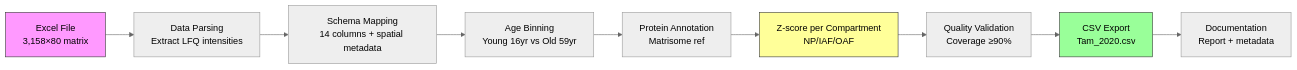
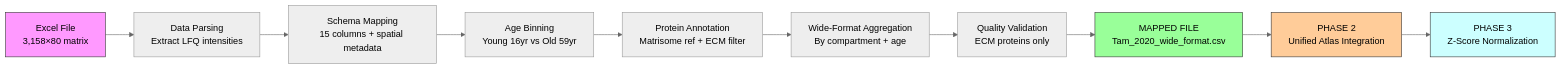
The diagram in 07_Tam_2020_paper_to_csv/00_TASK_TAM_2020_CSV_CONVERSION.md (raimbetov/ecm-atlas), drawn with Mermaid (neutral theme) before and after one commit. The commit also changed other lines of this file and 5 other files, not shown here.

First line of the commit message:
refactor: update ECM Atlas architecture to 3-phase pipeline with unified z-scores

````diff
--- a/07_Tam_2020_paper_to_csv/00_TASK_TAM_2020_CSV_CONVERSION.md
+++ b/07_Tam_2020_paper_to_csv/00_TASK_TAM_2020_CSV_CONVERSION.md
@@ -7,15 +9,17 @@
 ```mermaid
 graph LR
     A[Excel File<br/>3,158×80 matrix] --> B[Data Parsing<br/>Extract LFQ intensities]
-    B --> C[Schema Mapping<br/>14 columns + spatial metadata]
+    B --> C[Schema Mapping<br/>15 columns + spatial metadata]
     C --> D[Age Binning<br/>Young 16yr vs Old 59yr]
-    D --> E[Protein Annotation<br/>Matrisome ref]
-    E --> F[Z-score per Compartment<br/>NP/IAF/OAF]
-    F --> G[Quality Validation<br/>Coverage ≥90%]
-    G --> H[CSV Export<br/>Tam_2020.csv]
-    H --> I[Documentation<br/>Report + metadata]
+    D --> E[Protein Annotation<br/>Matrisome ref + ECM filter]
+    E --> F[Wide-Format Aggregation<br/>By compartment + age]
+    F --> G[Quality Validation<br/>ECM proteins only]
+    G --> H[MAPPED FILE<br/>Tam_2020_wide_format.csv]
+    H --> I[PHASE 2<br/>Unified Atlas Integration]
+    I --> J[PHASE 3<br/>Z-Score Normalization]
 
     style A fill:#f9f,stroke:#333
-    style F fill:#ff9,stroke:#333
     style H fill:#9f9,stroke:#333
+    style I fill:#fc9,stroke:#333
+    style J fill:#cff,stroke:#333
 ```
````
